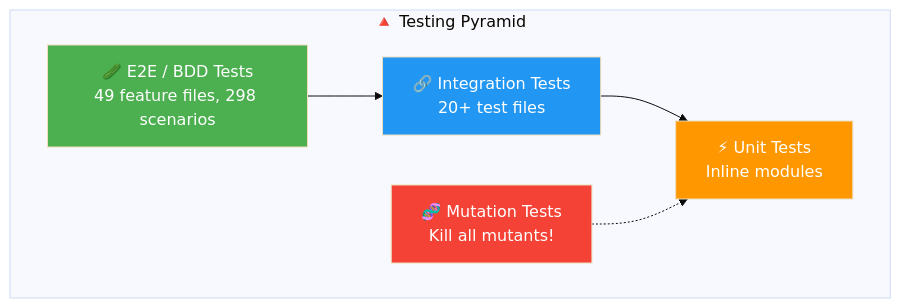
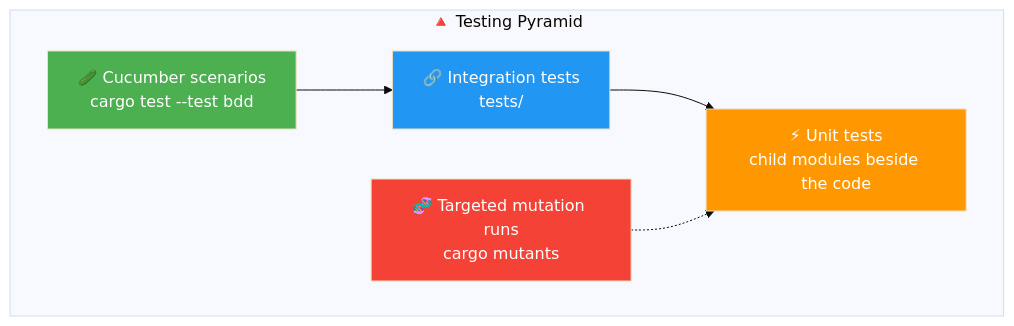
Before and after one commit to stden/FunnyFileManager: the tenth of 12 diagrams in TUTORIAL.md, drawn with Mermaid (base theme). The commit also changed other lines of this file and 18 other files, not shown here.

````diff
--- a/TUTORIAL.md
+++ b/TUTORIAL.md
@@ -439,17 +441,17 @@
 ```mermaid
 graph TB
     subgraph "🔺 Testing Pyramid"
-        E2E["🥒 E2E / BDD Tests<br/>49 feature files, 298 scenarios"]
-        INT["🔗 Integration Tests<br/>20+ test files"]
-        UNIT["⚡ Unit Tests<br/>Inline modules"]
-        MUT["🧬 Mutation Tests<br/>Kill all mutants!"]
+        E2E["🥒 Cucumber scenarios<br/>cargo test --test bdd"]
+        INT["🔗 Integration tests<br/>tests/"]
+        UNIT["⚡ Unit tests<br/>child modules beside the code"]
+        MUT["🧬 Targeted mutation runs<br/>cargo mutants"]
     end
 
     E2E --> INT --> UNIT
     MUT -.-> UNIT
 
     style E2E fill:#4caf50,color:#fff
     style INT fill:#2196f3,color:#fff
     style UNIT fill:#ff9800,color:#fff
     style MUT fill:#f44336,color:#fff
 ```
````
